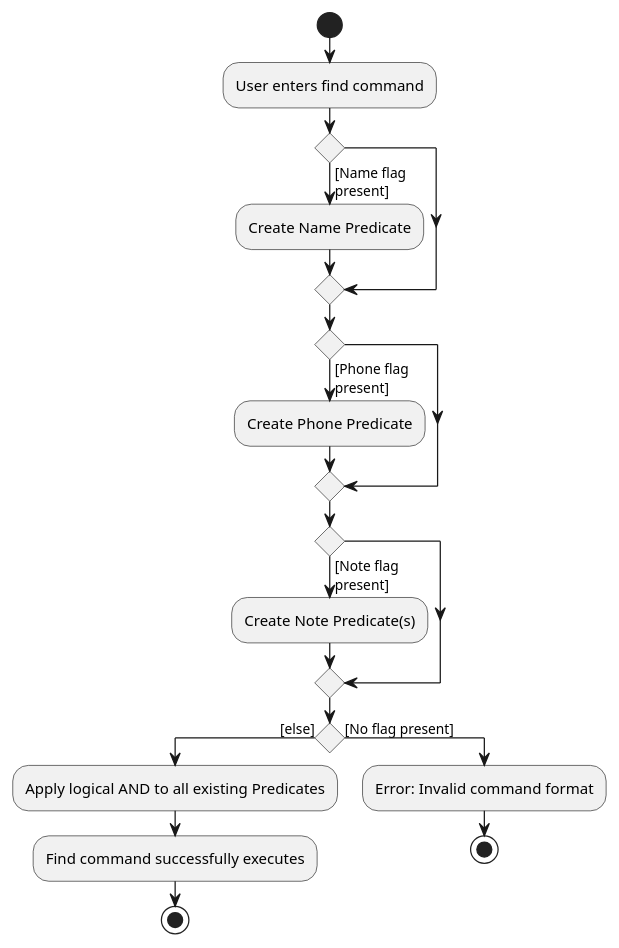
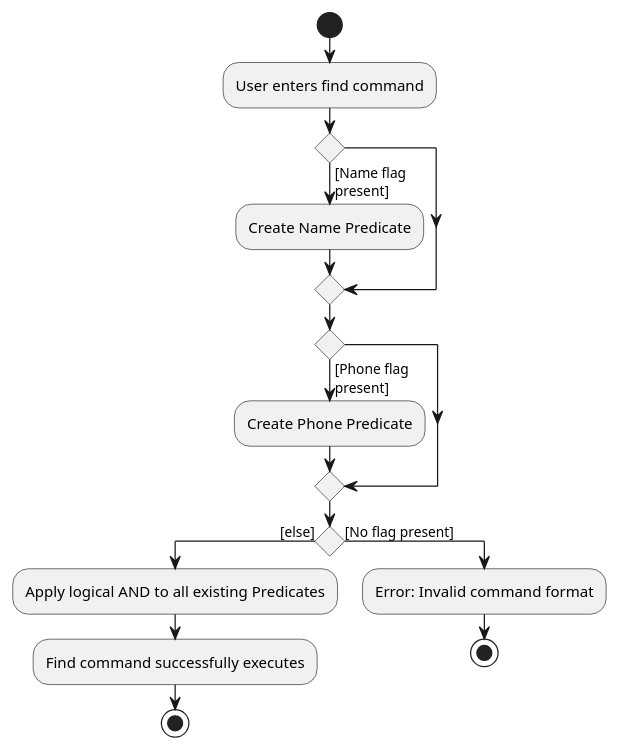
Before and after one commit to nus-cs2103-AY2223S2/tp: the diagram in docs/diagrams/FindCommandActivityDiagram.puml, drawn with PlantUML. The commit also changed 1 other file, not shown here.

```diff
--- a/docs/diagrams/FindCommandActivityDiagram.puml
+++ b/docs/diagrams/FindCommandActivityDiagram.puml
@@ -1,26 +1,23 @@
 @startuml
 'https://plantuml.com/activity-diagram-beta
 
 start
 :User enters find command;
 if () then ([Name flag
 present])
     :Create Name Predicate;
 endif
 if () then ([Phone flag
 present])
     :Create Phone Predicate;
 endif
-if () then ([Note flag
-present])
-    :Create Note Predicate(s);
-endif
+
 if () then ([else])
 :Apply logical AND to all existing Predicates;
 :Find command successfully executes;
 stop
 else ([No flag present])
 :Error: Invalid command format;
 stop
 
 @enduml
```
